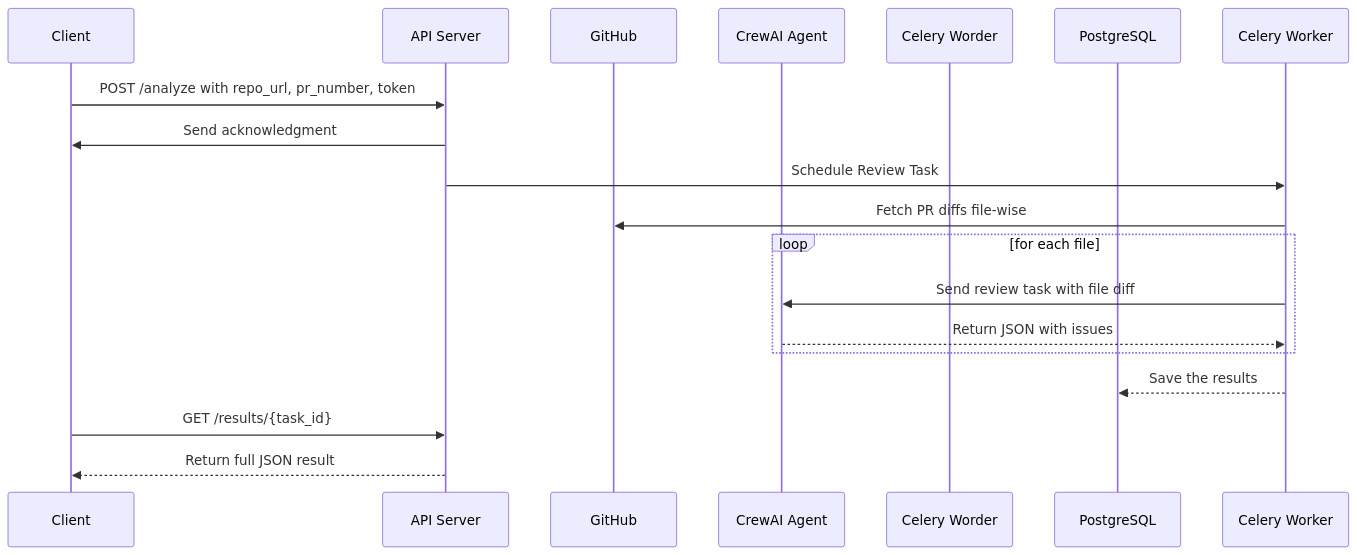
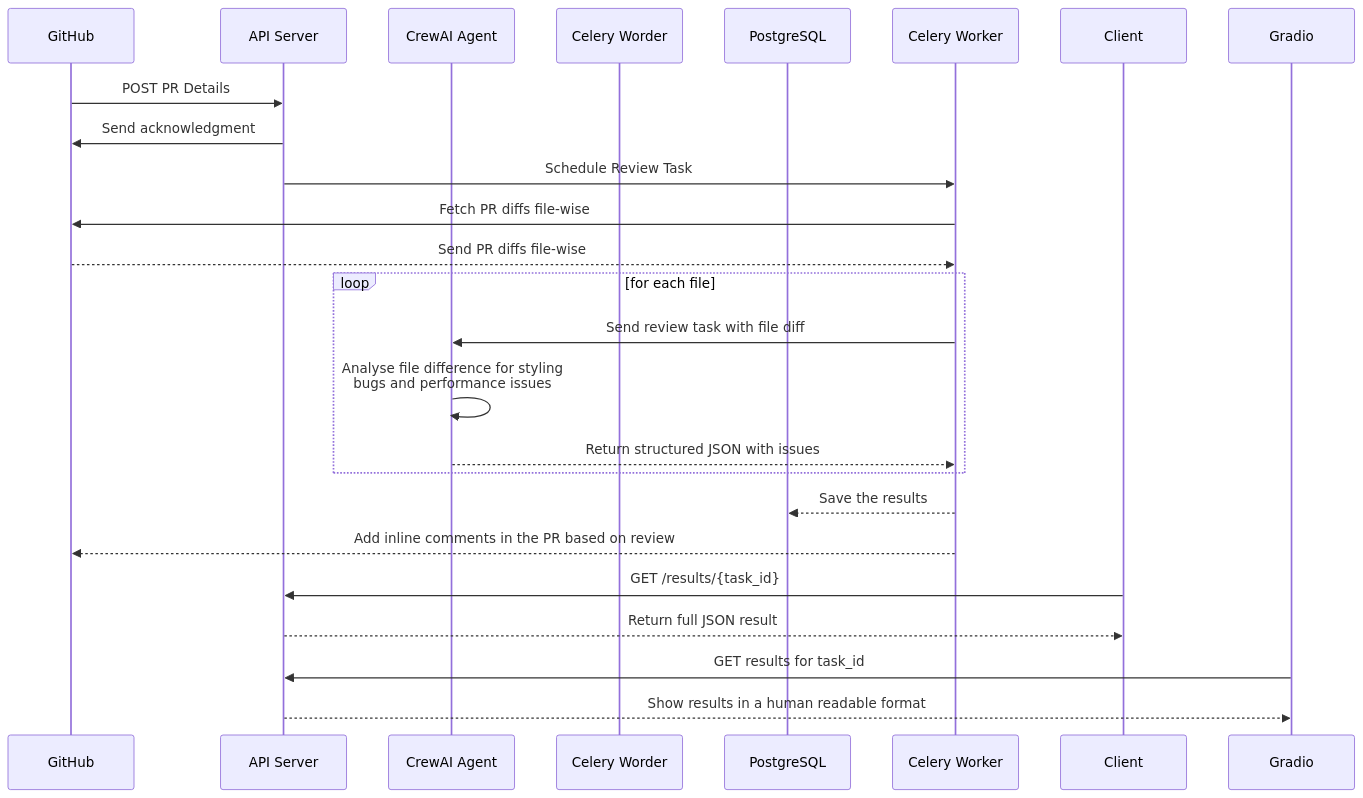
The diagram in readme.md (musaib-js/code-review-agent), drawn with Mermaid before and after one commit.

Commit message:
[Chore]: Sequence diagram updates

````diff
--- a/readme.md
+++ b/readme.md
@@ -110,21 +110,26 @@
 ```mermaid
 sequenceDiagram
-    participant Client
+    participant GitHub
     participant API Server
     participant GitHub
     participant CrewAI Agent
     participant Celery Worder
     participant PostgreSQL
 
-    Client->>API Server: POST /analyze with repo_url, pr_number, token
-    API Server->>Client: Send acknowledgment
+    GitHub->>API Server: POST PR Details
+    API Server->>GitHub: Send acknowledgment
     API Server->>Celery Worker: Schedule Review Task
     Celery Worker->>GitHub: Fetch PR diffs file-wise
+    GitHub-->>Celery Worker: Send PR diffs file-wise
     loop for each file
         Celery Worker->>CrewAI Agent: Send review task with file diff
-        CrewAI Agent-->>Celery Worker: Return JSON with issues
+        CrewAI Agent->>CrewAI Agent: Analyse file difference for styling <br> bugs and performance issues
+        CrewAI Agent-->>Celery Worker: Return structured JSON with issues
     end
     Celery Worker-->>PostgreSQL: Save the results
+    Celery Worker-->>GitHub: Add inline comments in the PR based on review
     Client->>API Server: GET /results/{task_id}
     API Server-->>Client: Return full JSON result
+    Gradio->>API Server: GET results for task_id
+    API Server -->> Gradio: Show results in a human readable format
 ```
````
